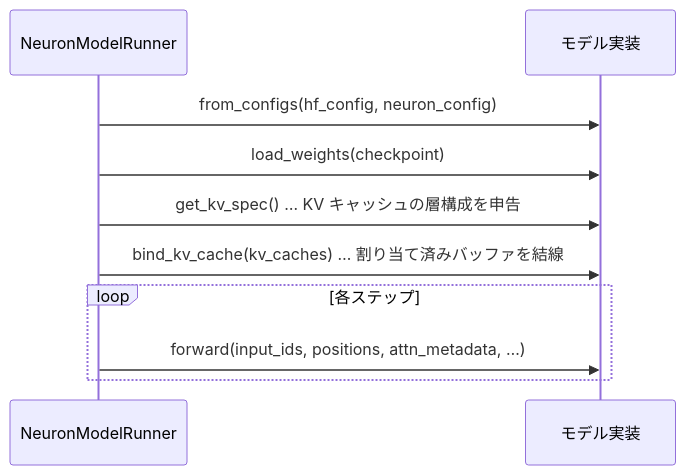
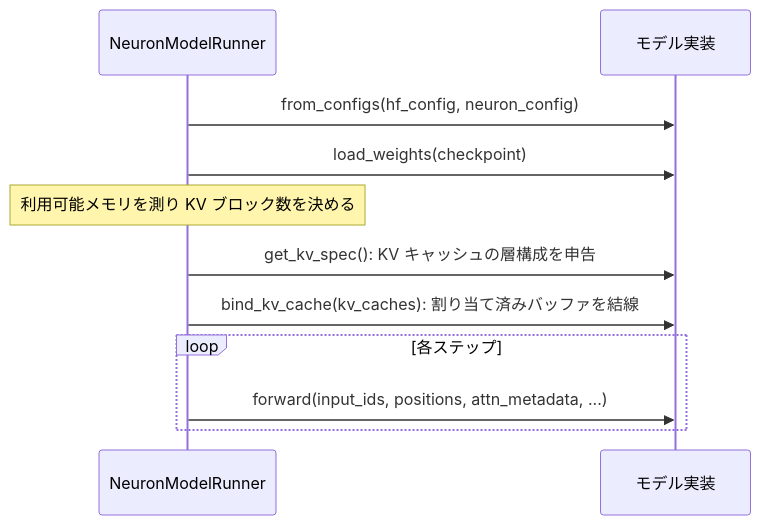
One commit to littlemex/zenn changed the second of 2 diagrams in articles/162e5225ba1c9b.md. Above: the diagram before and after it, drawn with Mermaid. The commit also changed other lines of this file, not shown here.

````diff
--- a/articles/162e5225ba1c9b.md
+++ b/articles/162e5225ba1c9b.md
@@ -80,12 +82,13 @@
 ```mermaid
 sequenceDiagram
   participant R as NeuronModelRunner
   participant M as モデル実装
   R->>M: from_configs(hf_config, neuron_config)
   R->>M: load_weights(checkpoint)
-  R->>M: get_kv_spec()  … KV キャッシュの層構成を申告
-  R->>M: bind_kv_cache(kv_caches)  … 割り当て済みバッファを結線
+  Note over R: 利用可能メモリを測り KV ブロック数を決める
+  R->>M: get_kv_spec(): KV キャッシュの層構成を申告
+  R->>M: bind_kv_cache(kv_caches): 割り当て済みバッファを結線
   loop 各ステップ
-    R->>M: forward(input_ids, positions, attn_metadata, …)
+    R->>M: forward(input_ids, positions, attn_metadata, ...)
   end
 ```
````
